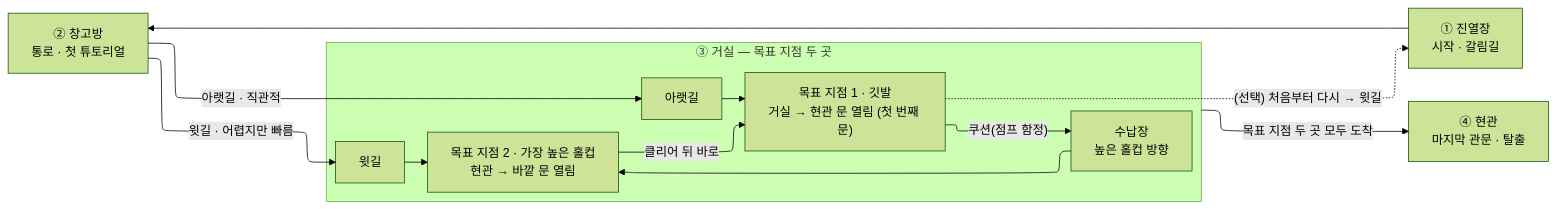
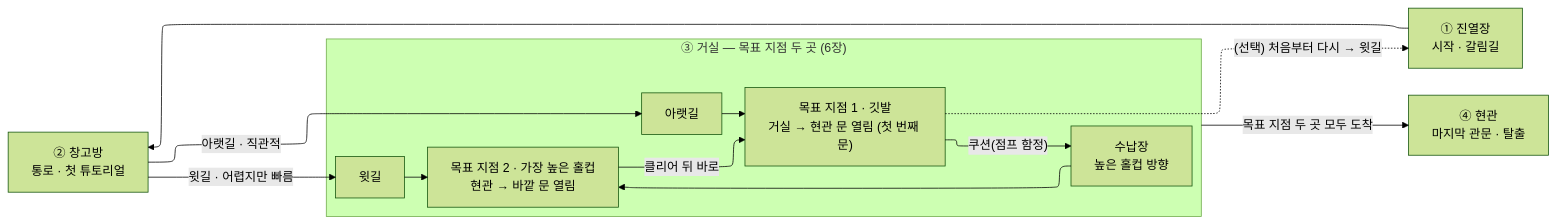
The second of 2 diagrams in src/3-escape-for-freedom/기술문서.md (pinkshield/portfolio), drawn with Mermaid (forest theme) before and after one commit. The commit also changed other lines of this file and 3 other files, not shown here.

````diff
--- a/src/3-escape-for-freedom/기술문서.md
+++ b/src/3-escape-for-freedom/기술문서.md
@@ -88,16 +149,16 @@
 ```mermaid
 %%{init: {"layout": "elk"}}%%
 flowchart LR
     A["① 진열장<br/>시작 · 갈림길"] --> B["② 창고방<br/>통로 · 첫 튜토리얼"]
-    subgraph L["③ 거실 — 목표 지점 두 곳"]
+    subgraph L["③ 거실 — 목표 지점 두 곳 (6장)"]
         U["윗길"] --> G2["목표 지점 2 · 가장 높은 홀컵<br/>현관 → 바깥 문 열림"]
         G2 -->|"클리어 뒤 바로"| G1["목표 지점 1 · 깃발<br/>거실 → 현관 문 열림 (첫 번째 문)"]
         D["아랫길"] --> G1
         G1 -->|"쿠션(점프 함정)"| S["수납장<br/>높은 홀컵 방향"]
         S --> G2
     end
     B -->|"윗길 · 어렵지만 빠름"| U
     B -->|"아랫길 · 직관적"| D
     G1 -.->|"(선택) 처음부터 다시 → 윗길"| A
     L -->|"목표 지점 두 곳 모두 도착"| E["④ 현관<br/>마지막 관문 · 탈출"]
 ```
````
